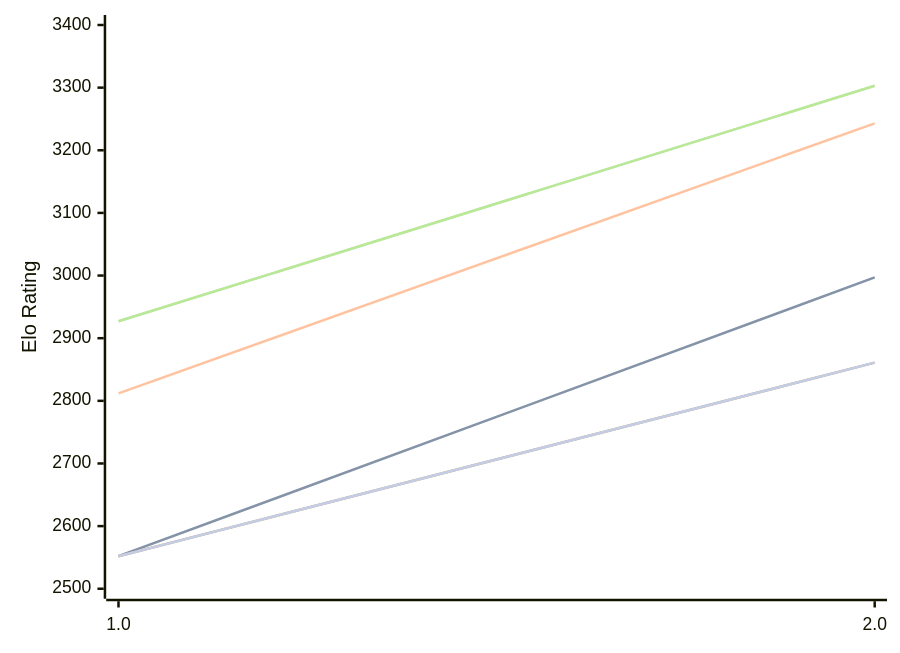
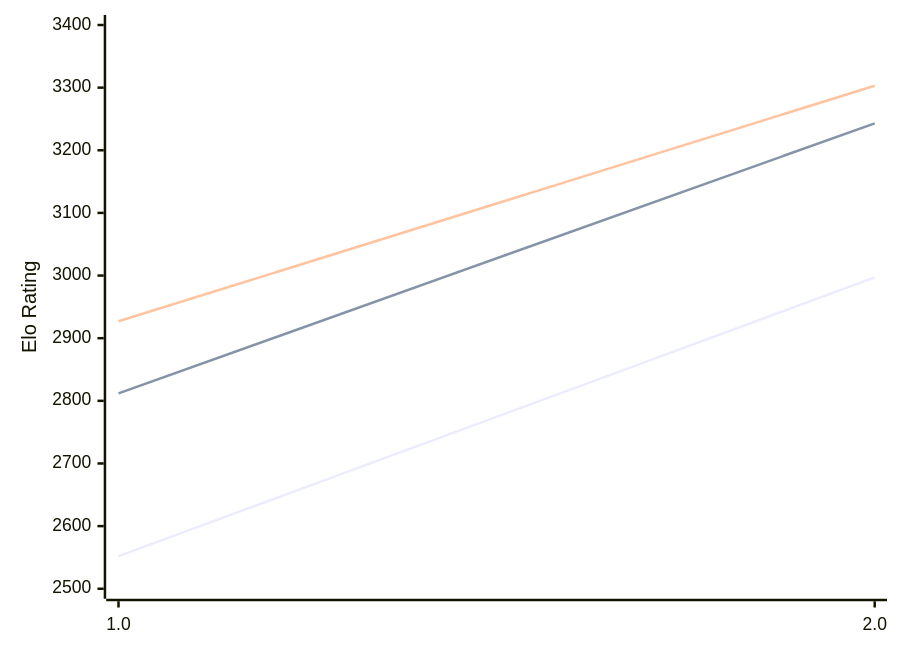
Before and after one commit to computer-chess-index/cci: the diagram in engines/Onslaught.md, drawn with Mermaid. The commit also changed other lines of this file, not shown here.

````diff
--- a/engines/Onslaught.md
+++ b/engines/Onslaught.md
@@ -48,13 +48,9 @@
 ```mermaid
 %%{init: {"theme":"base","themeVariables":{"seriesColors:['#a3a3a3','#222221','#faa371']}}}%%
 xychart-beta
   x-axis ["1.0", "2.0"]
   y-axis "Elo Rating" 2500 --> 3400
-  line "" [2552, 2997]
   line "T1: STC (8.0+0.08s)" [2552, 2997]
   line "T1: LTC (60.0+0.60s)" [2812, 3243]
-  line "" [2927, 3303]
   line "T1: VLTC (2m24s+1.12s)" [2927, 3303]
-  line "" [2552,2861]
-  line "E1: STC (8.0+0.08s)" [2552,2861]
 ```
````
